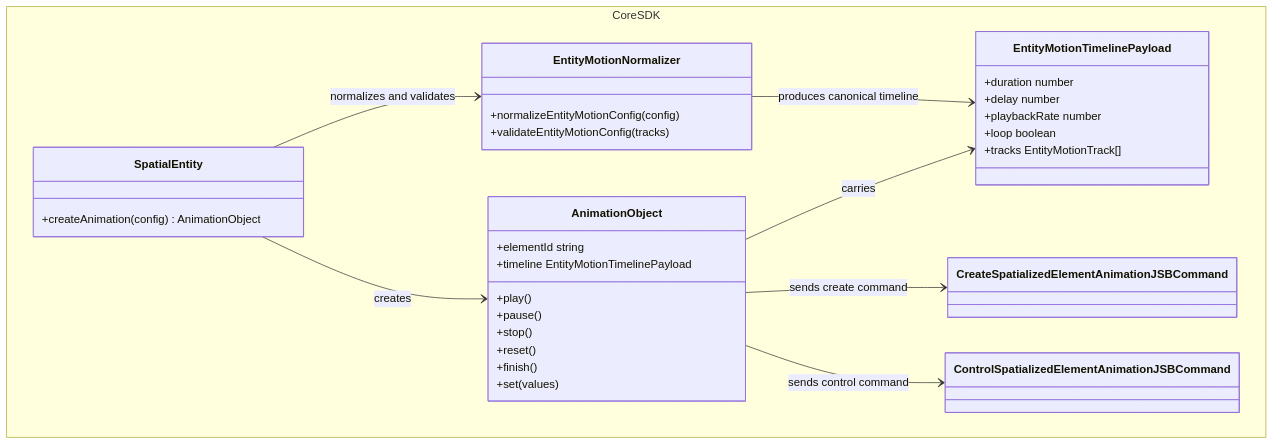
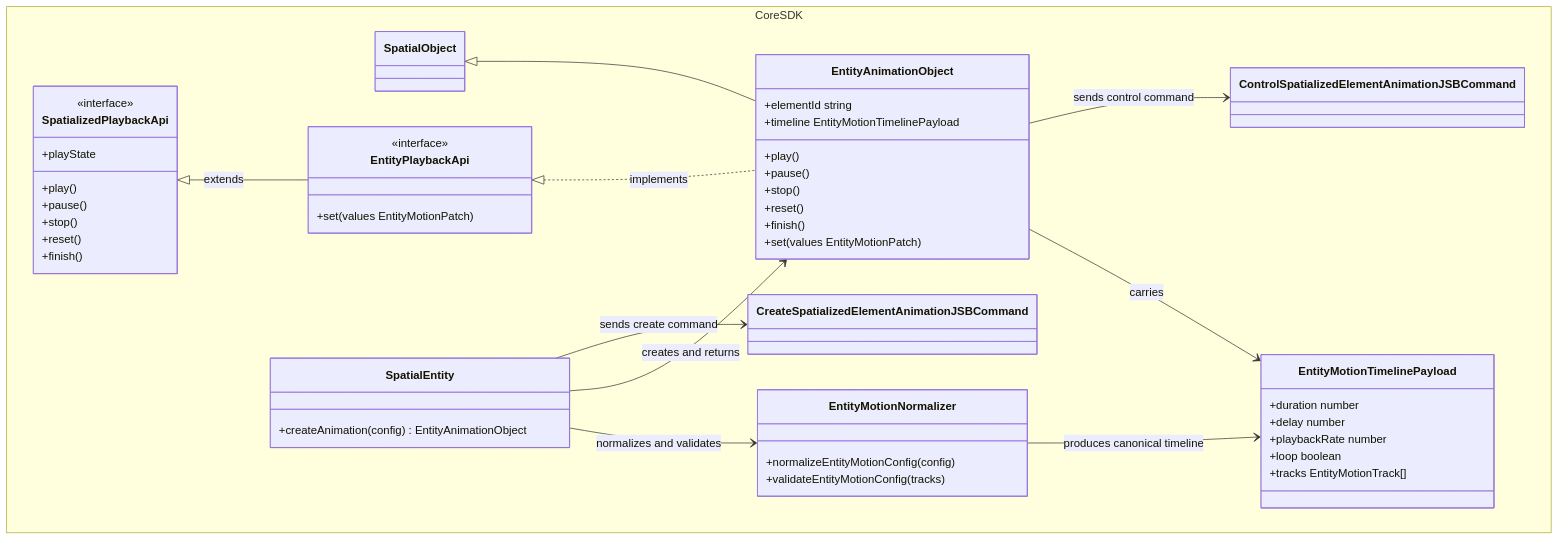
One commit to webspatial/webspatial-sdk changed the sixth of 14 diagrams in openspec/changes/redesign-entity-motion-api/design.md. Above: the diagram before and after it, drawn with Mermaid. The commit also changed other lines of this file and 1 other file, not shown here.

````diff
--- a/openspec/changes/redesign-entity-motion-api/design.md
+++ b/openspec/changes/redesign-entity-motion-api/design.md
@@ -431,37 +472,54 @@
 ```mermaid
 classDiagram
     namespace CoreSDK {
+        class SpatialObject
+        class SpatializedPlaybackApi {
+            <<interface>>
+            +play()
+            +pause()
+            +stop()
+            +reset()
+            +finish()
+            +playState
+        }
+        class EntityPlaybackApi {
+            <<interface>>
+            +set(values EntityMotionPatch)
+        }
         class SpatialEntity {
-            +createAnimation(config) AnimationObject
+            +createAnimation(config) EntityAnimationObject
         }
         class EntityMotionNormalizer {
             +normalizeEntityMotionConfig(config)
             +validateEntityMotionConfig(tracks)
         }
         class EntityMotionTimelinePayload {
             +duration number
             +delay number
             +playbackRate number
             +loop boolean
             +tracks EntityMotionTrack[]
         }
-        class AnimationObject {
+        class EntityAnimationObject {
             +elementId string
             +timeline EntityMotionTimelinePayload
             +play()
             +pause()
             +stop()
             +reset()
             +finish()
-            +set(values)
+            +set(values EntityMotionPatch)
         }
         class CreateSpatializedElementAnimationJSBCommand
         class ControlSpatializedElementAnimationJSBCommand
     }
+    SpatializedPlaybackApi <|-- EntityPlaybackApi : extends
+    SpatialObject <|-- EntityAnimationObject
+    EntityPlaybackApi <|.. EntityAnimationObject : implements
     SpatialEntity --> EntityMotionNormalizer : normalizes and validates
     EntityMotionNormalizer --> EntityMotionTimelinePayload : produces canonical timeline
-    SpatialEntity --> AnimationObject : creates
-    AnimationObject --> EntityMotionTimelinePayload : carries
-    AnimationObject --> CreateSpatializedElementAnimationJSBCommand : sends create command
-    AnimationObject --> ControlSpatializedElementAnimationJSBCommand : sends control command
+    SpatialEntity --> EntityAnimationObject : creates and returns
+    EntityAnimationObject --> EntityMotionTimelinePayload : carries
+    SpatialEntity --> CreateSpatializedElementAnimationJSBCommand : sends create command
+    EntityAnimationObject --> ControlSpatializedElementAnimationJSBCommand : sends control command
 ```
````
